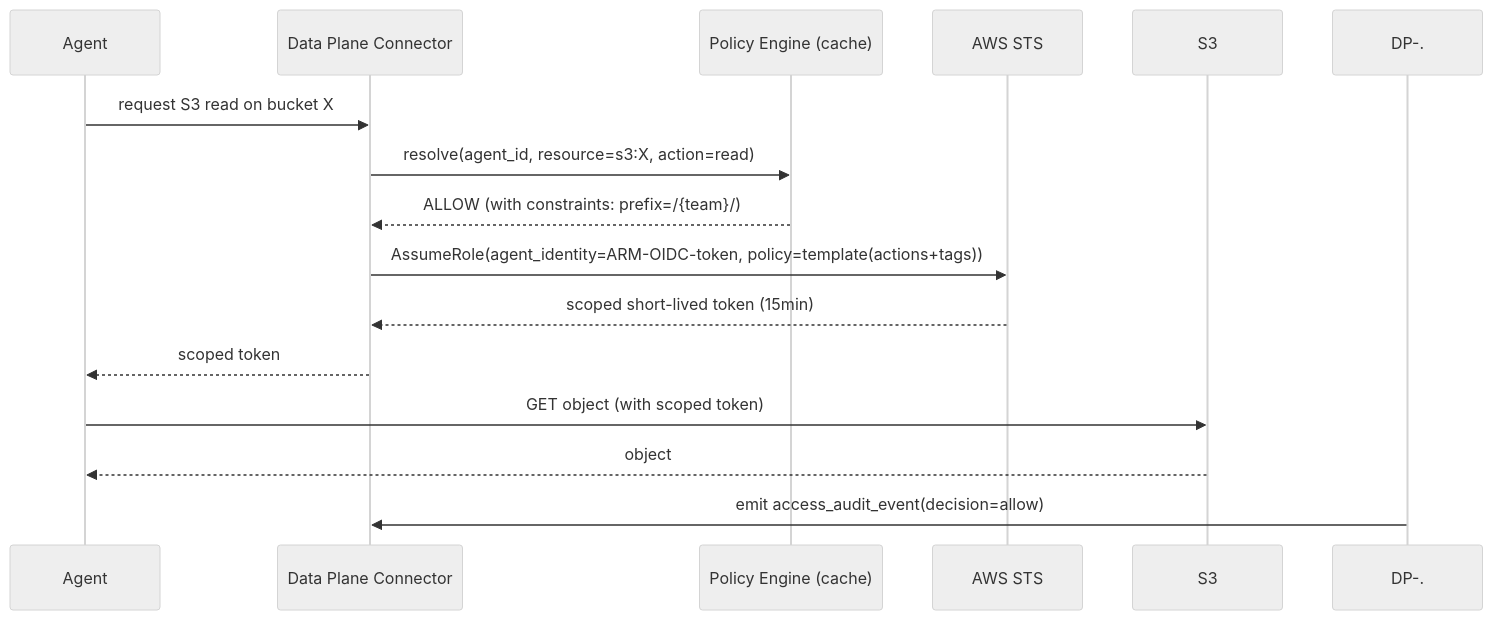
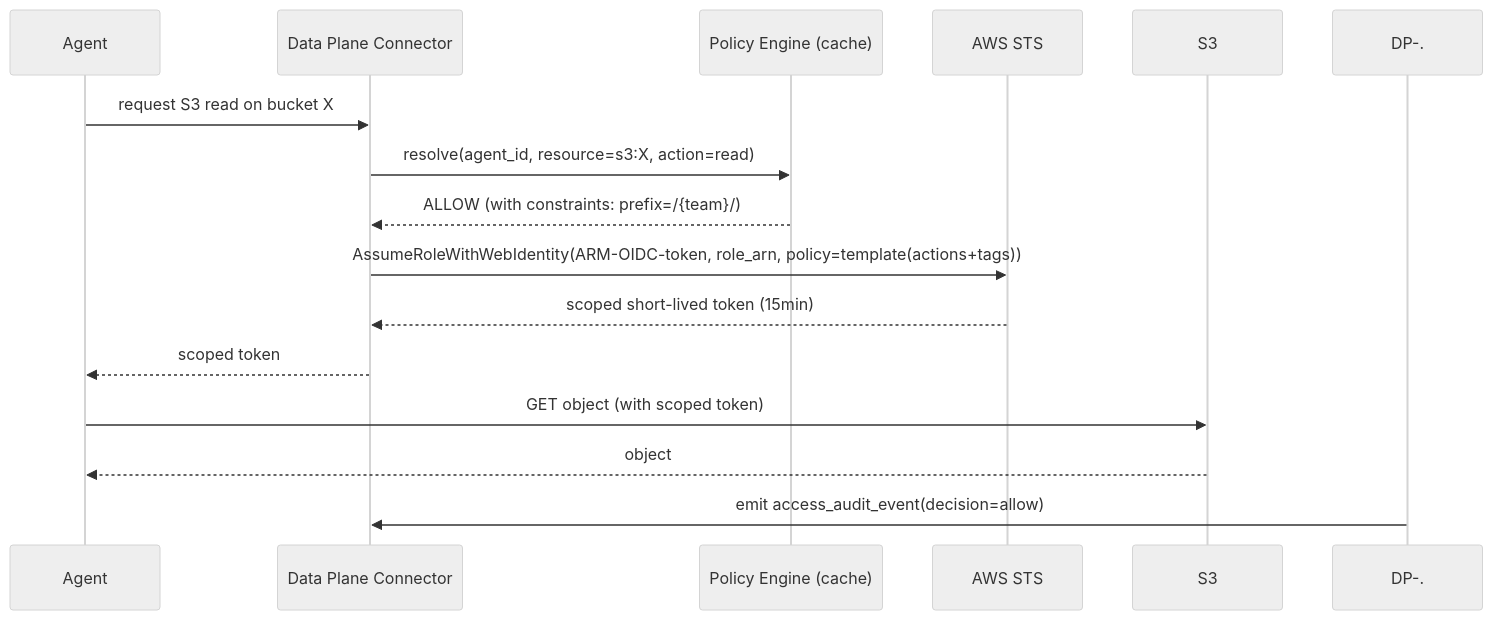
The fifth of 7 diagrams in docs/arm-spec.md (armdeployment/arm), drawn with Mermaid (neutral theme) before and after one commit. The commit also changed other lines of this file and 2 other files, not shown here.

````diff
--- a/docs/arm-spec.md
+++ b/docs/arm-spec.md
@@ -453,17 +456,17 @@
 ```mermaid
 sequenceDiagram
   participant A as Agent
   participant DP as Data Plane Connector
   participant PE as Policy Engine (cache)
   participant STS as AWS STS
   participant S3 as S3
   A->>DP: request S3 read on bucket X
   DP->>PE: resolve(agent_id, resource=s3:X, action=read)
   PE-->>DP: ALLOW (with constraints: prefix=/{team}/)
-  DP->>STS: AssumeRole(agent_identity=ARM-OIDC-token, policy=template(actions+tags))
+  DP->>STS: AssumeRoleWithWebIdentity(ARM-OIDC-token, role_arn, policy=template(actions+tags))
   STS-->>DP: scoped short-lived token (15min)
   DP-->>A: scoped token
   A->>S3: GET object (with scoped token)
   S3-->>A: object
   DP-.->>DP: emit access_audit_event(decision=allow)
 ```
````
